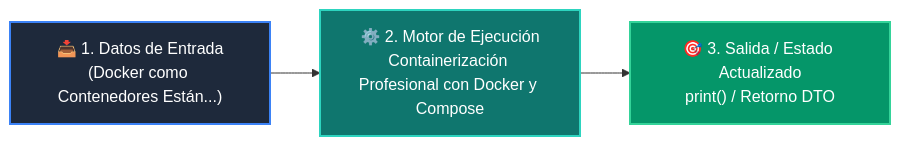
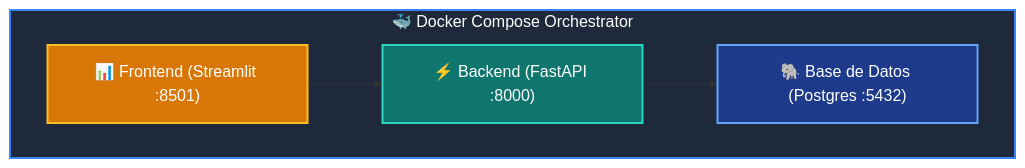
One commit to wisrovi/wisrovi-python changed the diagram in docs/curso-04/clase-07.md. Above: the diagram before and after it, drawn with Mermaid. The commit also changed other lines of this file and 52 other files, not shown here.

````diff
--- a/docs/curso-04/clase-07.md
+++ b/docs/curso-04/clase-07.md
@@ -38,9 +37,14 @@
 ```mermaid
-flowchart LR
-    IN["📥 1. Datos de Entrada<br/>(Docker como Contenedores Están...)"] --> ENG["⚙️ 2. Motor de Ejecución<br/>Containerización Profesional con Docker y Compose"]
-    ENG --> OUT["🎯 3. Salida / Estado Actualizado<br/>print() / Retorno DTO"]
-
-    style IN fill:#1e293b,color:#ffffff,stroke:#3b82f6,stroke-width:2px
-    style ENG fill:#0f766e,color:#ffffff,stroke:#2dd4bf,stroke-width:2px
-    style OUT fill:#059669,color:#ffffff,stroke:#34d399,stroke-width:2px
+flowchart TD
+    subgraph Compose["🐳 Docker Compose Orchestrator"]
+        B["⚡ Backend (FastAPI :8000)"]
+        F["📊 Frontend (Streamlit :8501)"]
+        D["🐘 Base de Datos (Postgres :5432)"]
+        F --> B
+        B --> D
+    end
+    style Compose fill:#1e293b,color:#ffffff,stroke:#3b82f6,stroke-width:2px
+    style B fill:#0f766e,color:#ffffff,stroke:#2dd4bf,stroke-width:2px
+    style F fill:#d97706,color:#ffffff,stroke:#fbbf24,stroke-width:2px
+    style D fill:#1e3a8a,color:#ffffff,stroke:#60a5fa,stroke-width:2px
 ```
````
